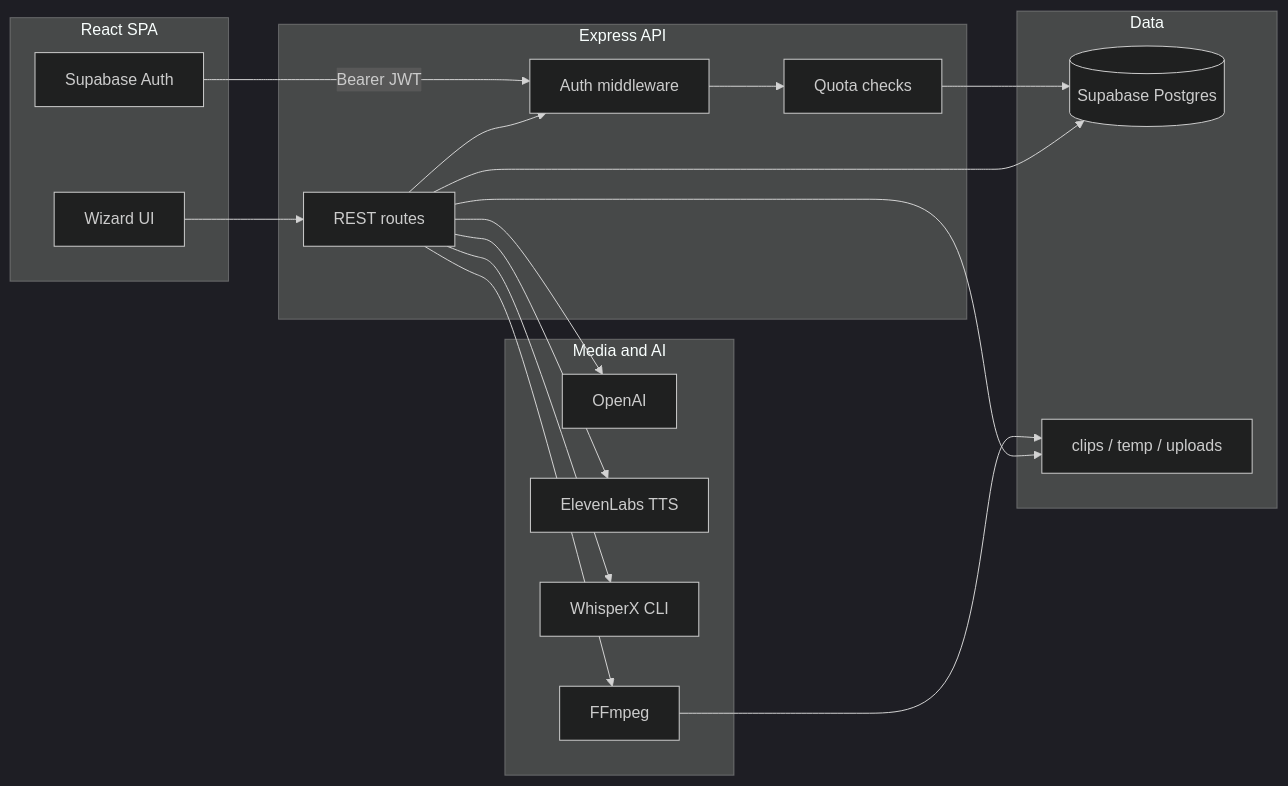
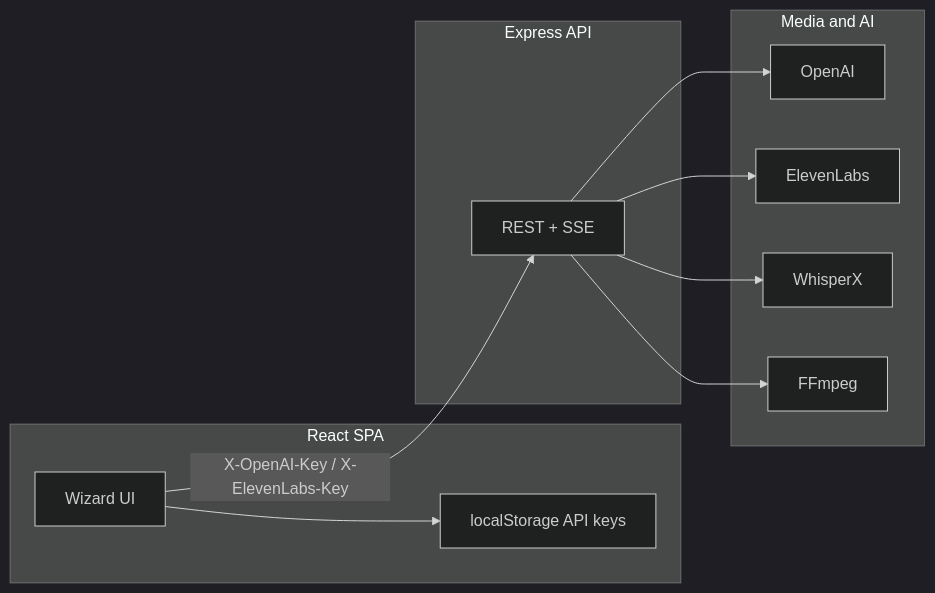
Before and after one commit to briskett/Clipforge: the diagram in README.md, drawn with Mermaid (dark theme). The commit also changed other lines of this file and 24 other files, not shown here.

````diff
--- a/README.md
+++ b/README.md
@@ -24,34 +28,22 @@
 ```mermaid
 flowchart LR
   subgraph client [React SPA]
     UI[Wizard UI]
-    Auth[Supabase Auth]
+    Keys[localStorage API keys]
   end
   subgraph api [Express API]
-    R[REST routes]
-    AM[Auth middleware]
-    Q[Quota checks]
+    R[REST + SSE]
   end
   subgraph workers [Media and AI]
     OAI[OpenAI]
-    EL[ElevenLabs TTS]
-    WX[WhisperX CLI]
+    EL[ElevenLabs]
+    WX[WhisperX]
     FF[FFmpeg]
   end
-  subgraph data [Data]
-    SB[(Supabase Postgres)]
-    Disk[clips / temp / uploads]
-  end
-  UI --> R
-  Auth -->|Bearer JWT| AM
-  R --> AM
-  AM --> Q
+  UI --> Keys
+  UI -->|X-OpenAI-Key / X-ElevenLabs-Key| R
   R --> OAI
   R --> EL
   R --> WX
   R --> FF
-  Q --> SB
-  R --> SB
-  FF --> Disk
-  R --> Disk
 ```
````
